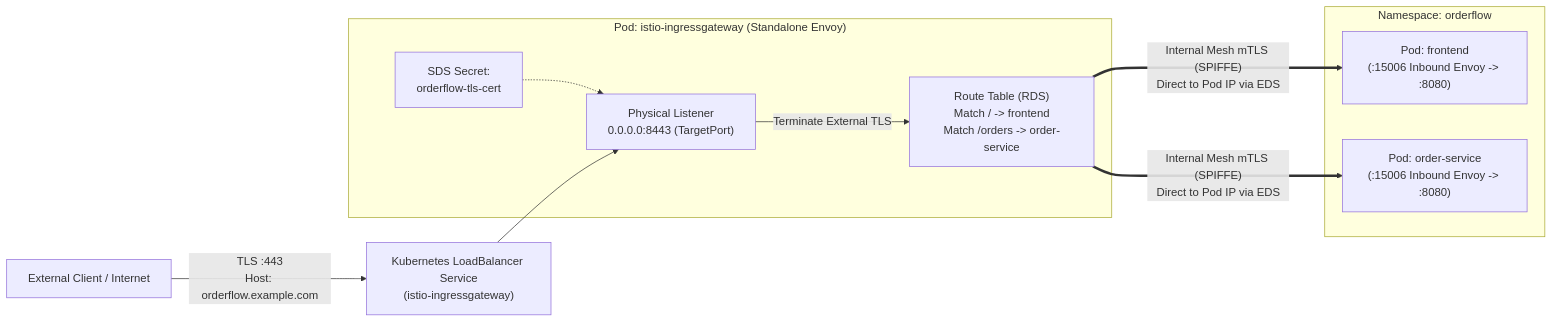
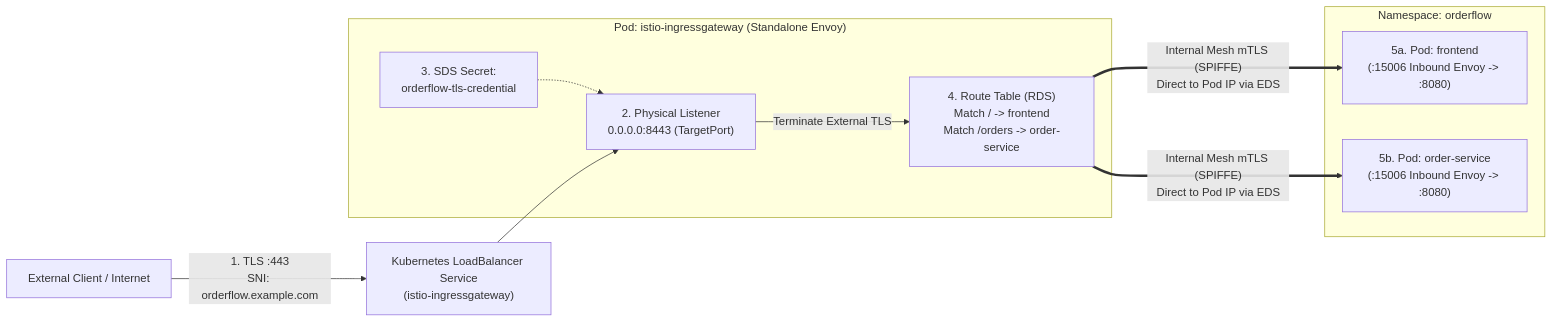
One commit to chan3845/Istio changed the first of 3 diagrams in 03-gateways-ingress-and-egress/README.md. Above: the diagram before and after it, drawn with Mermaid. The commit also changed other lines of this file and 56 other files, not shown here.

````diff
--- a/03-gateways-ingress-and-egress/README.md
+++ b/03-gateways-ingress-and-egress/README.md
@@ -16,22 +36,22 @@
 ```mermaid
 flowchart LR
-    ExternalClient["External Client / Internet"] -->|"TLS :443<br/>Host: orderflow.example.com"| CloudLB["Kubernetes LoadBalancer Service<br/>(istio-ingressgateway)"]
+    ExternalClient["External Client / Internet"] -->|"1. TLS :443<br/>SNI: orderflow.example.com"| CloudLB["Kubernetes LoadBalancer Service<br/>(istio-ingressgateway)"]
     
     subgraph GatewayPod["Pod: istio-ingressgateway (Standalone Envoy)"]
-        Listener["Physical Listener<br/>0.0.0.0:8443 (TargetPort)"]
-        SDS["SDS Secret:<br/>orderflow-tls-cert"]
-        RDS["Route Table (RDS)<br/>Match / -> frontend<br/>Match /orders -> order-service"]
+        Listener["2. Physical Listener<br/>0.0.0.0:8443 (TargetPort)"]
+        SDS["3. SDS Secret:<br/>orderflow-tls-credential"]
+        RDS["4. Route Table (RDS)<br/>Match / -> frontend<br/>Match /orders -> order-service"]
         Listener -->|"Terminate External TLS"| RDS
         SDS -.-> Listener
     end
 
     CloudLB --> Listener
 
     subgraph OrderflowNS["Namespace: orderflow"]
-        Frontend["Pod: frontend<br/>(:15006 Inbound Envoy -> :8080)"]
-        OrderSvc["Pod: order-service<br/>(:15006 Inbound Envoy -> :8080)"]
+        Frontend["5a. Pod: frontend<br/>(:15006 Inbound Envoy -> :8080)"]
+        OrderSvc["5b. Pod: order-service<br/>(:15006 Inbound Envoy -> :8080)"]
     end
 
     RDS ===>|"Internal Mesh mTLS (SPIFFE)<br/>Direct to Pod IP via EDS"| Frontend
     RDS ===>|"Internal Mesh mTLS (SPIFFE)<br/>Direct to Pod IP via EDS"| OrderSvc
 ```
````
